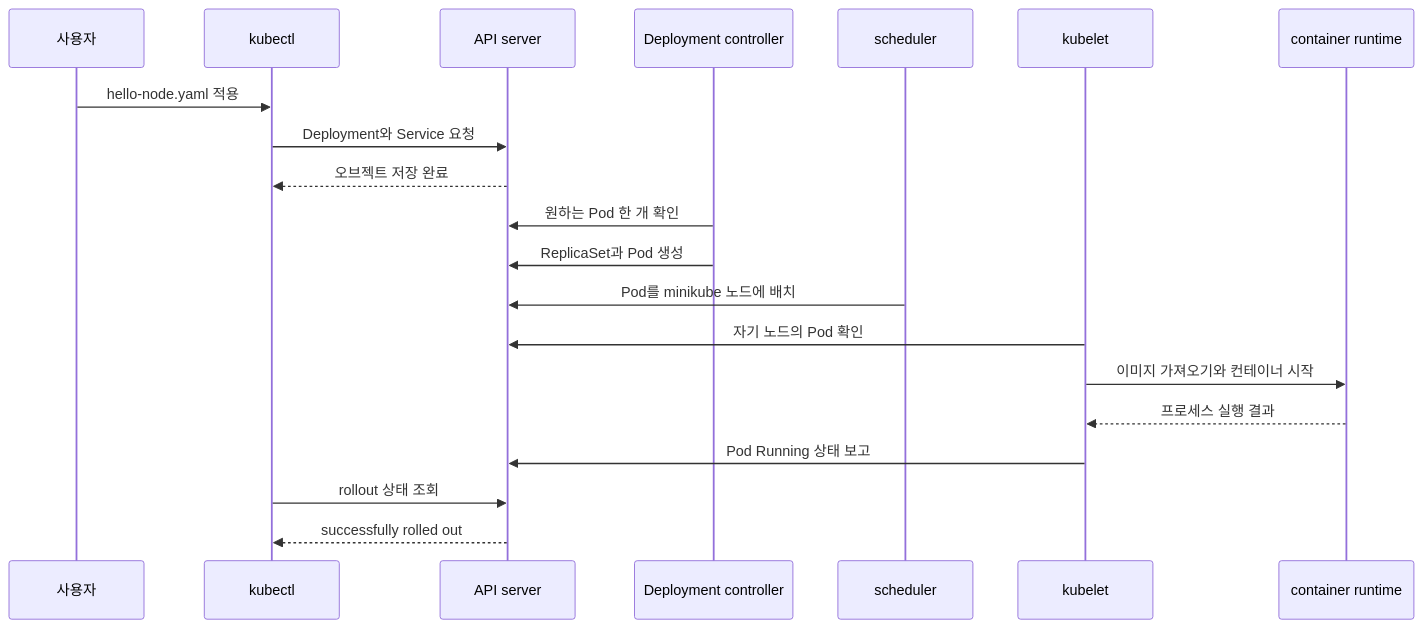
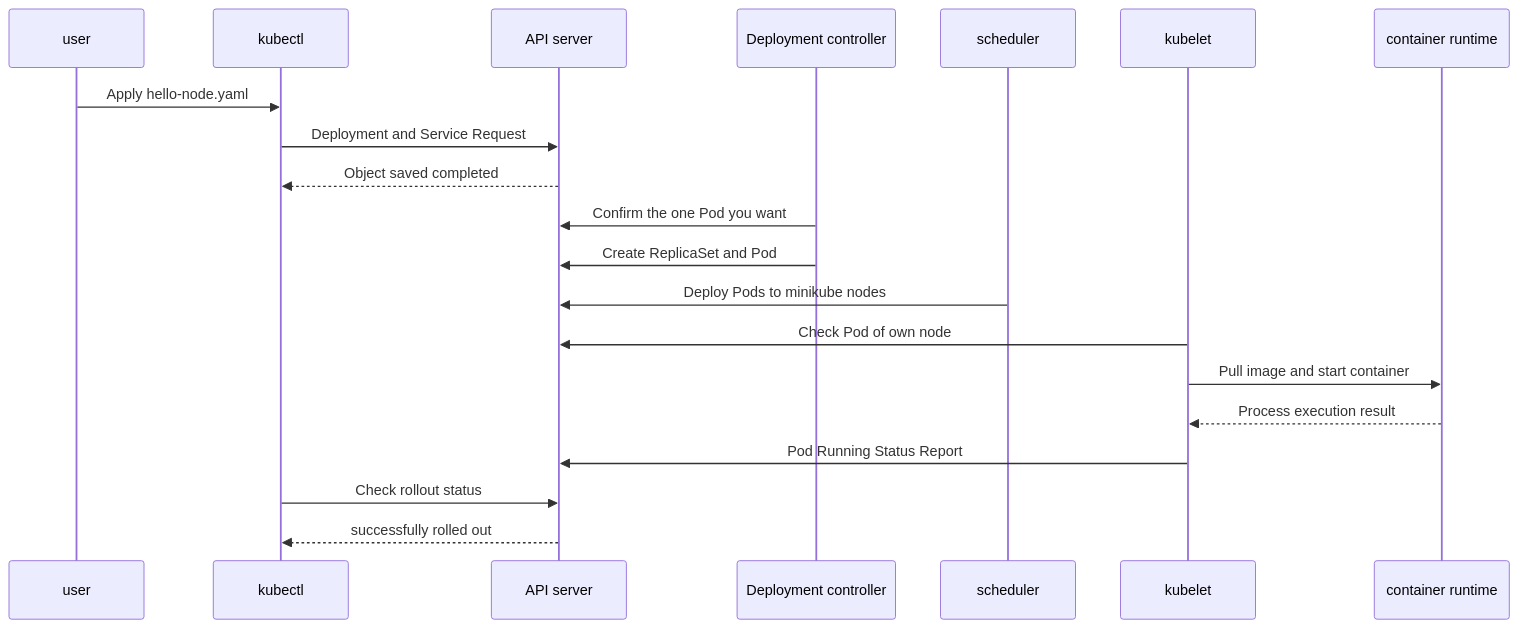
Before and after one commit to nohdol97/nohdol-study: the second of 2 diagrams in docs-site/content/kubernetes/01-why-and-first-cluster.md, drawn with Mermaid. The commit also changed other lines of this file and 116 other files, not shown here.

````diff
--- a/docs-site/content/kubernetes/01-why-and-first-cluster.md
+++ b/docs-site/content/kubernetes/01-why-and-first-cluster.md
@@ -117,23 +117,23 @@
 ```mermaid
 sequenceDiagram
-  participant U as 사용자
+  participant U as user
   participant K as kubectl
   participant A as API server
   participant D as Deployment controller
   participant S as scheduler
   participant L as kubelet
   participant R as container runtime
 
-  U->>K: hello-node.yaml 적용
-  K->>A: Deployment와 Service 요청
-  A-->>K: 오브젝트 저장 완료
-  D->>A: 원하는 Pod 한 개 확인
-  D->>A: ReplicaSet과 Pod 생성
-  S->>A: Pod를 minikube 노드에 배치
-  L->>A: 자기 노드의 Pod 확인
-  L->>R: 이미지 가져오기와 컨테이너 시작
-  R-->>L: 프로세스 실행 결과
-  L->>A: Pod Running 상태 보고
-  K->>A: rollout 상태 조회
+  U->>K: Apply hello-node.yaml
+  K->>A: Deployment and Service Request
+  A-->>K: Object saved completed
+  D->>A: Confirm the one Pod you want
+  D->>A: Create ReplicaSet and Pod
+  S->>A: Deploy Pods to minikube nodes
+  L->>A: Check Pod of own node
+  L->>R: Pull image and start container
+  R-->>L: Process execution result
+  L->>A: Pod Running Status Report
+  K->>A: Check rollout status
   A-->>K: successfully rolled out
 ```
````
